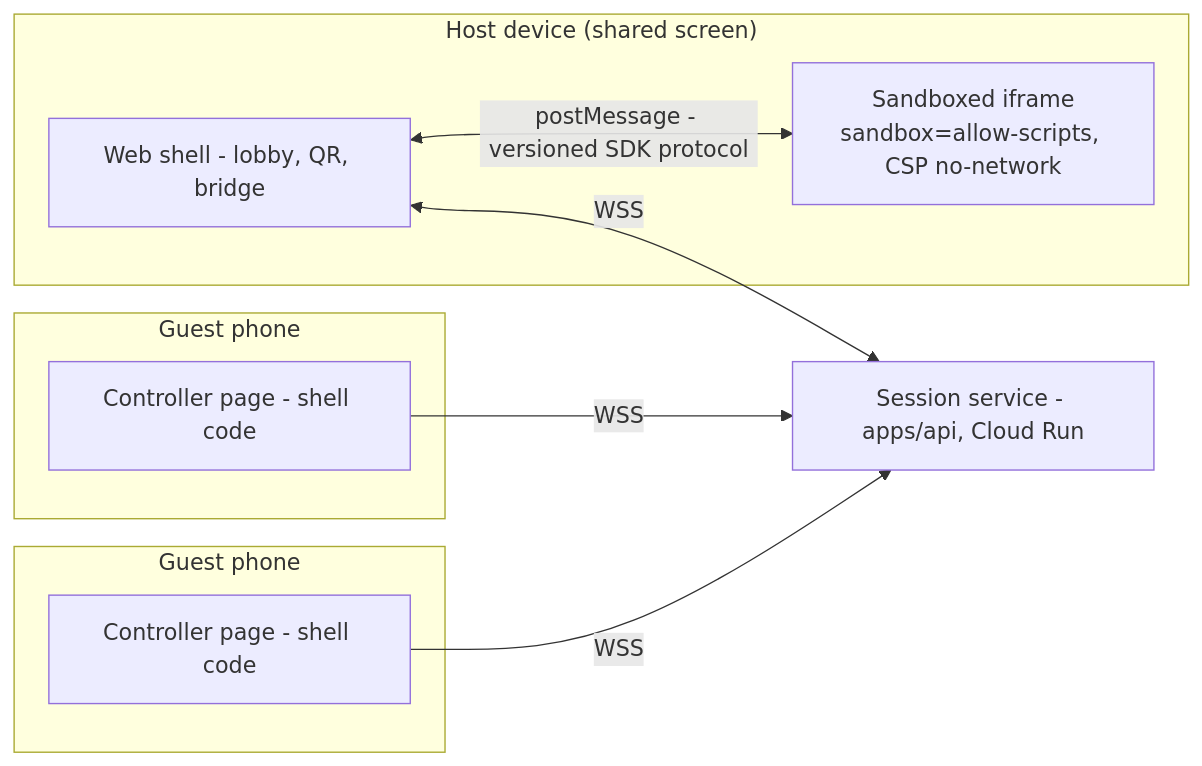
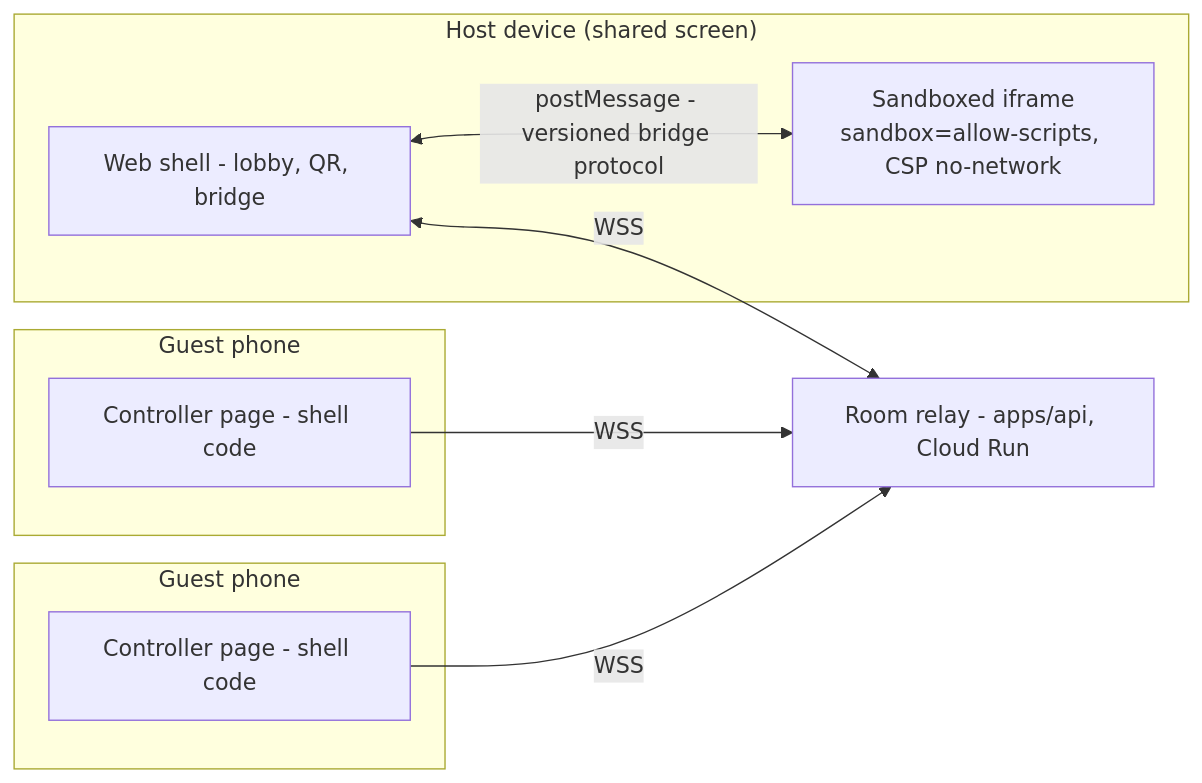
Before and after one commit to gamedevpl/www.gamedev.pl: the diagram in docs/multiplayer-plan.md, drawn with Mermaid. The commit also changed other lines of this file, not shown here.

````diff
--- a/docs/multiplayer-plan.md
+++ b/docs/multiplayer-plan.md
@@ -117,17 +143,17 @@
 ```mermaid
 flowchart LR
     subgraph Phone1["Guest phone"]
       C1[Controller page - shell code]
     end
     subgraph Phone2["Guest phone"]
       C2[Controller page - shell code]
     end
     subgraph Host["Host device (shared screen)"]
       Shell[Web shell - lobby, QR, bridge]
       IF["Sandboxed iframe<br/>sandbox=allow-scripts, CSP no-network"]
-      Shell <-->|postMessage - versioned SDK protocol| IF
+      Shell <-->|postMessage - versioned bridge protocol| IF
     end
-    C1 -->|WSS| S[Session service - apps/api, Cloud Run]
+    C1 -->|WSS| S[Room relay - apps/api, Cloud Run]
     C2 -->|WSS| S
     Shell <-->|WSS| S
 ```
````
